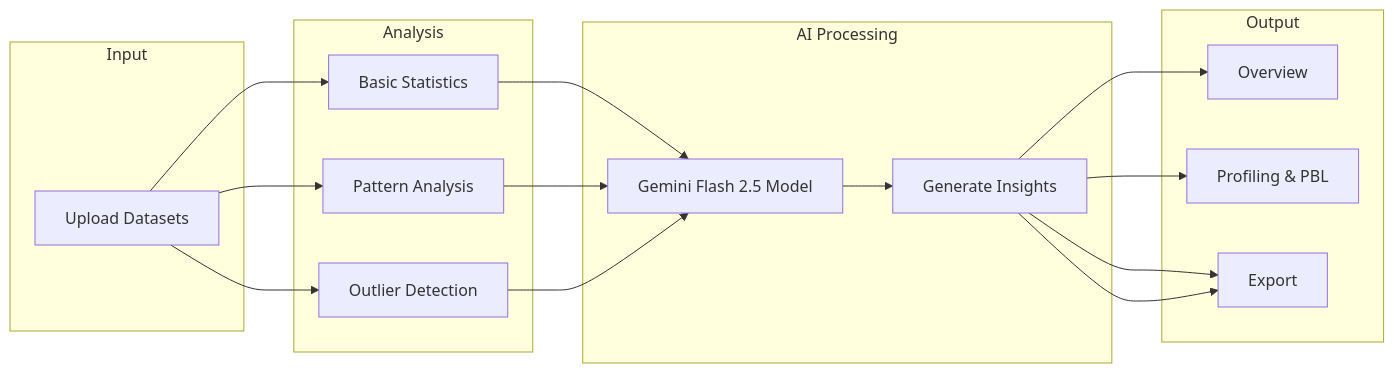
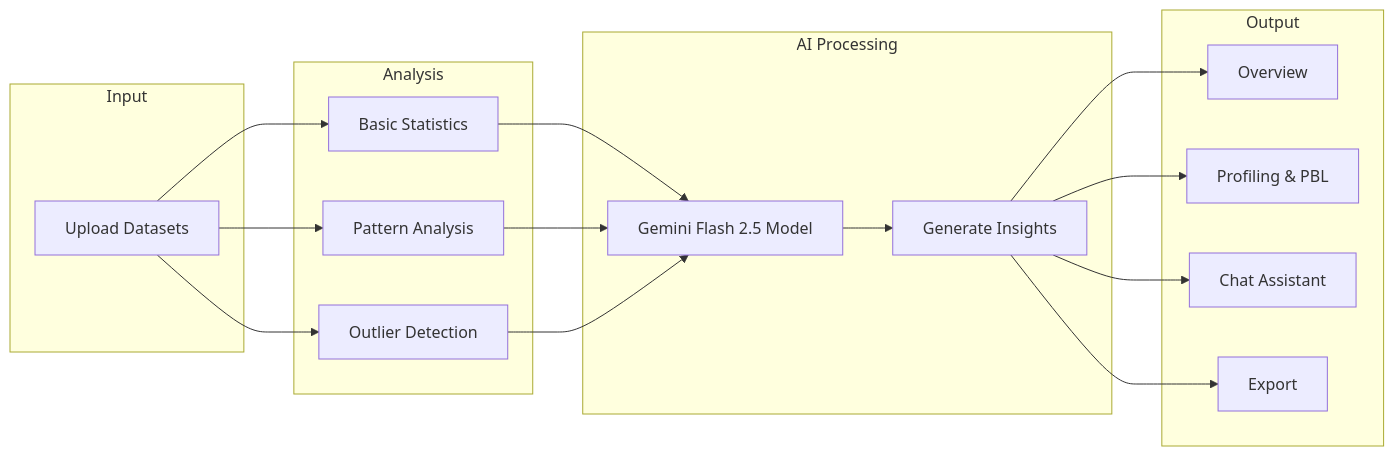
One commit to nishant14763/datalens changed the third of 11 diagrams in presentation.md. Above: the diagram before and after it, drawn with Mermaid.

Commit message:
Rename Export node to EX in presentation diagram

````diff
--- a/presentation.md
+++ b/presentation.md
@@ -53,26 +53,26 @@
 ```mermaid
 graph LR
     subgraph Input
         U[Upload Datasets]
     end
     
     subgraph Analysis
         U --> B[Basic Statistics]
         U --> P[Pattern Analysis]
         U --> O[Outlier Detection]
     end
     
     subgraph AI Processing
         B --> AI[Gemini Flash 2.5 Model]
         P --> AI
         O --> AI
         AI --> I[Generate Insights]
     end
     
     subgraph Output
         I --> VIZ[Overview]
         I --> S[Profiling & PBL ]
         I --> BL[Chat Assistant]
-        I --> BL[Export]
+        I --> EX[Export]
     end
 ```
````
